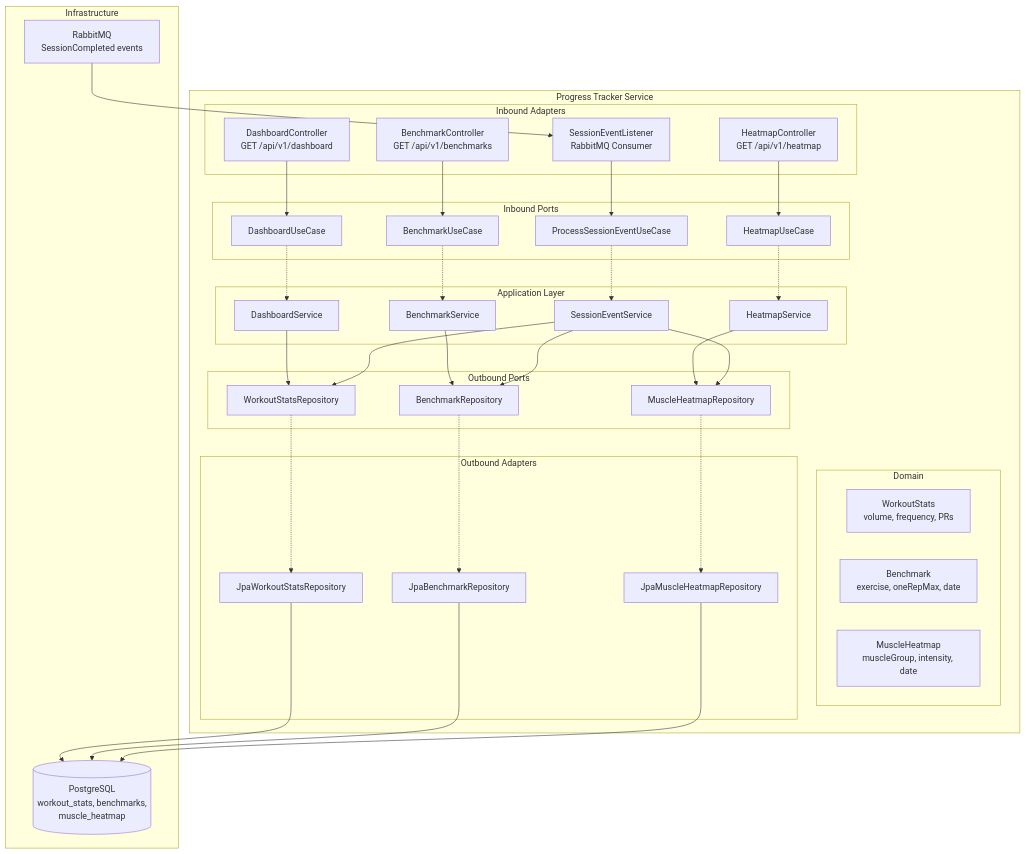
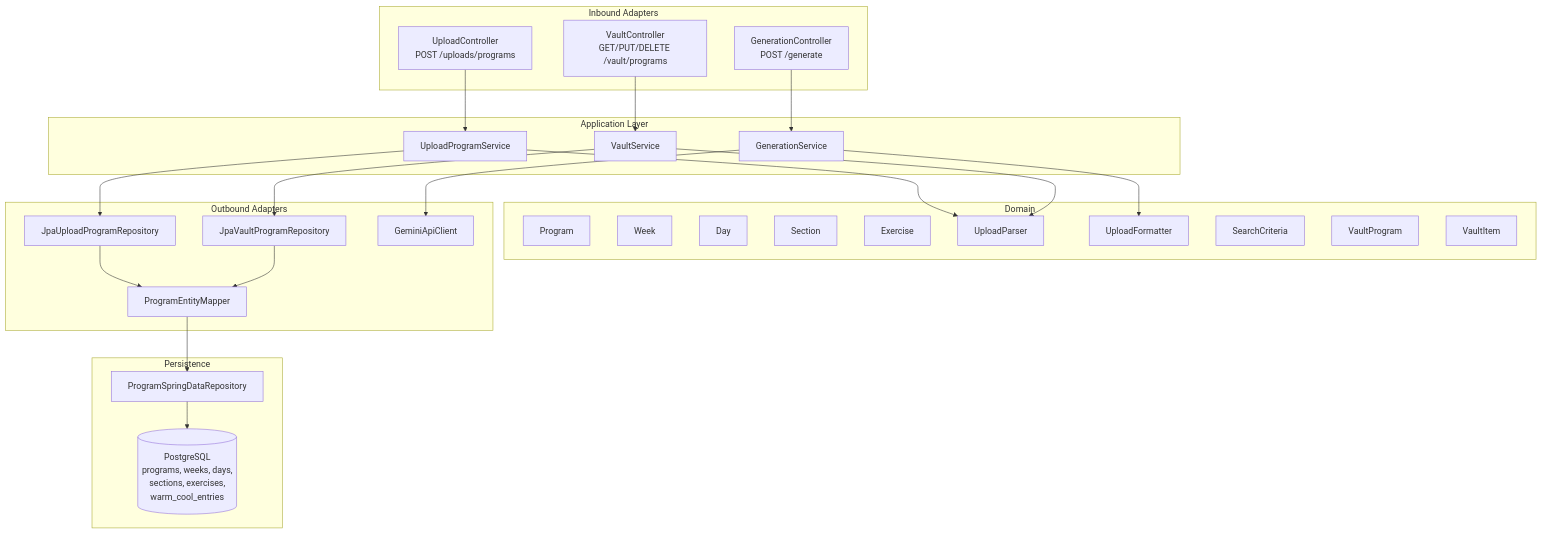
One commit to priyashR/gymTrainer changed the fifth of 7 diagrams in docs/architecture-diagrams.md. Above: the diagram before and after it, drawn with Mermaid. The commit also changed other lines of this file, not shown here.

Commit message:
added architecture diagrams

````diff
--- a/docs/architecture-diagrams.md
+++ b/docs/architecture-diagrams.md
@@ -356,72 +214,55 @@
 ```mermaid
 graph TB
-    subgraph "Progress Tracker Service"
-        subgraph "Inbound Adapters"
-            DC[DashboardController<br/>GET /api/v1/dashboard]
-            BC[BenchmarkController<br/>GET /api/v1/benchmarks]
-            HC[HeatmapController<br/>GET /api/v1/heatmap]
-            SEL[SessionEventListener<br/>RabbitMQ Consumer]
-        end
-
-        subgraph "Inbound Ports"
-            DU[DashboardUseCase]
-            BU[BenchmarkUseCase]
-            HU[HeatmapUseCase]
-            PSE[ProcessSessionEventUseCase]
-        end
-
-        subgraph "Application Layer"
-            DS[DashboardService]
-            BS[BenchmarkService]
-            HS[HeatmapService]
-            SES[SessionEventService]
-        end
-
-        subgraph "Domain"
-            WS[WorkoutStats<br/>volume, frequency, PRs]
-            BM[Benchmark<br/>exercise, oneRepMax, date]
-            MH[MuscleHeatmap<br/>muscleGroup, intensity, date]
-        end
-
-        subgraph "Outbound Ports"
-            WSR[WorkoutStatsRepository]
-            BMR[BenchmarkRepository]
-            MHR[MuscleHeatmapRepository]
-        end
-
-        subgraph "Outbound Adapters"
-            JWSR[JpaWorkoutStatsRepository]
-            JBMR[JpaBenchmarkRepository]
-            JMHR[JpaMuscleHeatmapRepository]
-        end
+    subgraph "Inbound Adapters"
+        UploadCtrl[UploadController<br/>POST /uploads/programs]
+        VaultCtrl[VaultController<br/>GET/PUT/DELETE /vault/programs]
+        GenCtrl[GenerationController<br/>POST /generate]
     end
 
-    subgraph "Infrastructure"
-        PG[(PostgreSQL<br/>workout_stats, benchmarks,<br/>muscle_heatmap)]
-        RMQ[RabbitMQ<br/>SessionCompleted events]
+    subgraph "Application Layer"
+        UploadSvc[UploadProgramService]
+        VaultSvc[VaultService]
+        GenSvc[GenerationService]
     end
 
-    DC --> DU
-    BC --> BU
-    HC --> HU
-    SEL --> PSE
+    subgraph "Domain"
+        Program[Program]
+        Week[Week]
+        Day[Day]
+        Section[Section]
+        Exercise[Exercise]
+        Parser[UploadParser]
+        Formatter[UploadFormatter]
+        SearchCriteria[SearchCriteria]
+        VaultProgram[VaultProgram]
+        VaultItem[VaultItem]
+    end
 
-    DU -.-> DS
-    BU -.-> BS
-    HU -.-> HS
-    PSE -.-> SES
+    subgraph "Outbound Adapters"
+        JpaUpload[JpaUploadProgramRepository]
+        JpaVault[JpaVaultProgramRepository]
+        GeminiClient[GeminiApiClient]
+        EntityMapper[ProgramEntityMapper]
+    end
 
-    DS --> WSR
-    BS --> BMR
-    HS --> MHR
-    SES --> WSR & BMR & MHR
+    subgraph "Persistence"
+        SpringData[ProgramSpringDataRepository]
+        DB[(PostgreSQL<br/>programs, weeks, days,<br/>sections, exercises,<br/>warm_cool_entries)]
+    end
 
-    WSR -.-> JWSR
-    BMR -.-> JBMR
-    MHR -.-> JMHR
+    UploadCtrl --> UploadSvc
+    VaultCtrl --> VaultSvc
+    GenCtrl --> GenSvc
 
-    JWSR --> PG
-    JBMR --> PG
-    JMHR --> PG
-    RMQ --> SEL
+    UploadSvc --> Parser
+    UploadSvc --> JpaUpload
+    VaultSvc --> JpaVault
+    VaultSvc --> Parser
+    GenSvc --> GeminiClient
+    GenSvc --> Formatter
+
+    JpaUpload --> EntityMapper
+    JpaVault --> EntityMapper
+    EntityMapper --> SpringData
+    SpringData --> DB
 ```
````
